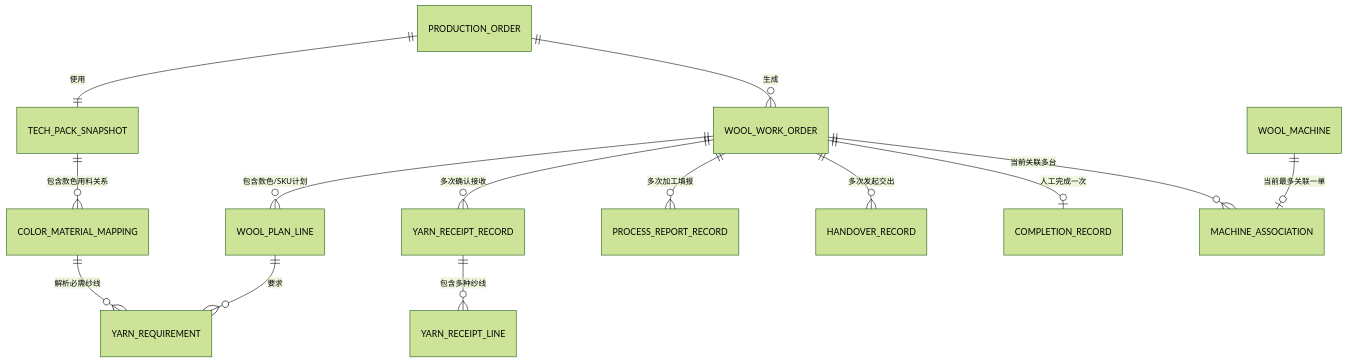
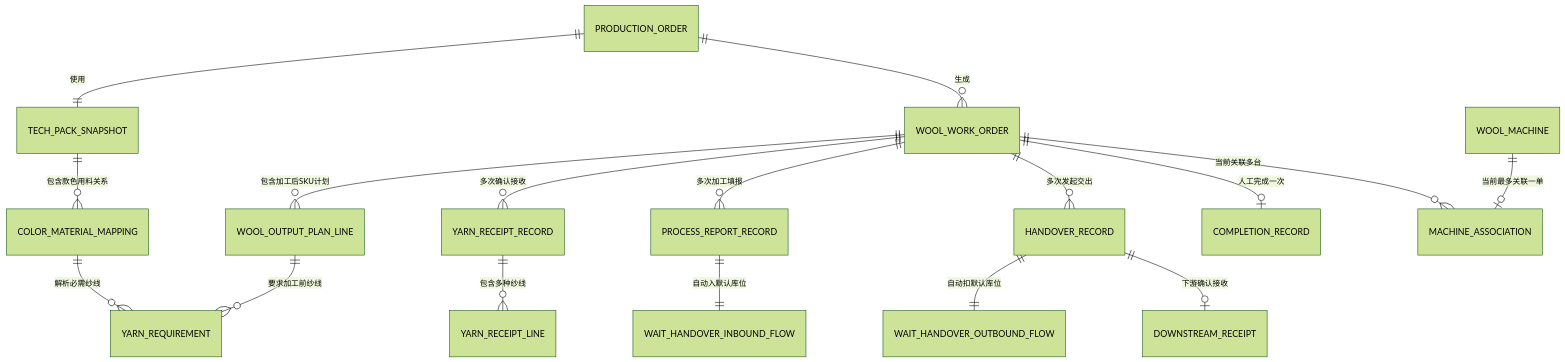
The first of 3 diagrams in docs/superpowers/specs/2026-07-30-wool-management-fact-workflow-design.md (laoertongxue/higoods), drawn with Mermaid (forest theme) before and after one commit. The commit also changed other lines of this file, not shown here.

````diff
--- a/docs/superpowers/specs/2026-07-30-wool-management-fact-workflow-design.md
+++ b/docs/superpowers/specs/2026-07-30-wool-management-fact-workflow-design.md
@@ -164,16 +216,19 @@
 ```mermaid
 erDiagram
     PRODUCTION_ORDER ||--|| TECH_PACK_SNAPSHOT : "使用"
     TECH_PACK_SNAPSHOT ||--o{ COLOR_MATERIAL_MAPPING : "包含款色用料关系"
     COLOR_MATERIAL_MAPPING ||--o{ YARN_REQUIREMENT : "解析必需纱线"
     PRODUCTION_ORDER ||--o{ WOOL_WORK_ORDER : "生成"
-    WOOL_WORK_ORDER ||--o{ WOOL_PLAN_LINE : "包含款色/SKU计划"
-    WOOL_PLAN_LINE ||--o{ YARN_REQUIREMENT : "要求"
+    WOOL_WORK_ORDER ||--o{ WOOL_OUTPUT_PLAN_LINE : "包含加工后SKU计划"
+    WOOL_OUTPUT_PLAN_LINE ||--o{ YARN_REQUIREMENT : "要求加工前纱线"
     WOOL_WORK_ORDER ||--o{ YARN_RECEIPT_RECORD : "多次确认接收"
     YARN_RECEIPT_RECORD ||--o{ YARN_RECEIPT_LINE : "包含多种纱线"
     WOOL_WORK_ORDER ||--o{ PROCESS_REPORT_RECORD : "多次加工填报"
     WOOL_WORK_ORDER ||--o{ HANDOVER_RECORD : "多次发起交出"
+    PROCESS_REPORT_RECORD ||--|| WAIT_HANDOVER_INBOUND_FLOW : "自动入默认库位"
+    HANDOVER_RECORD ||--|| WAIT_HANDOVER_OUTBOUND_FLOW : "自动扣默认库位"
+    HANDOVER_RECORD ||--o| DOWNSTREAM_RECEIPT : "下游确认接收"
     WOOL_WORK_ORDER ||--o| COMPLETION_RECORD : "人工完成一次"
     WOOL_WORK_ORDER ||--o{ MACHINE_ASSOCIATION : "当前关联多台"
     WOOL_MACHINE ||--o| MACHINE_ASSOCIATION : "当前最多关联一单"
 ```
````
